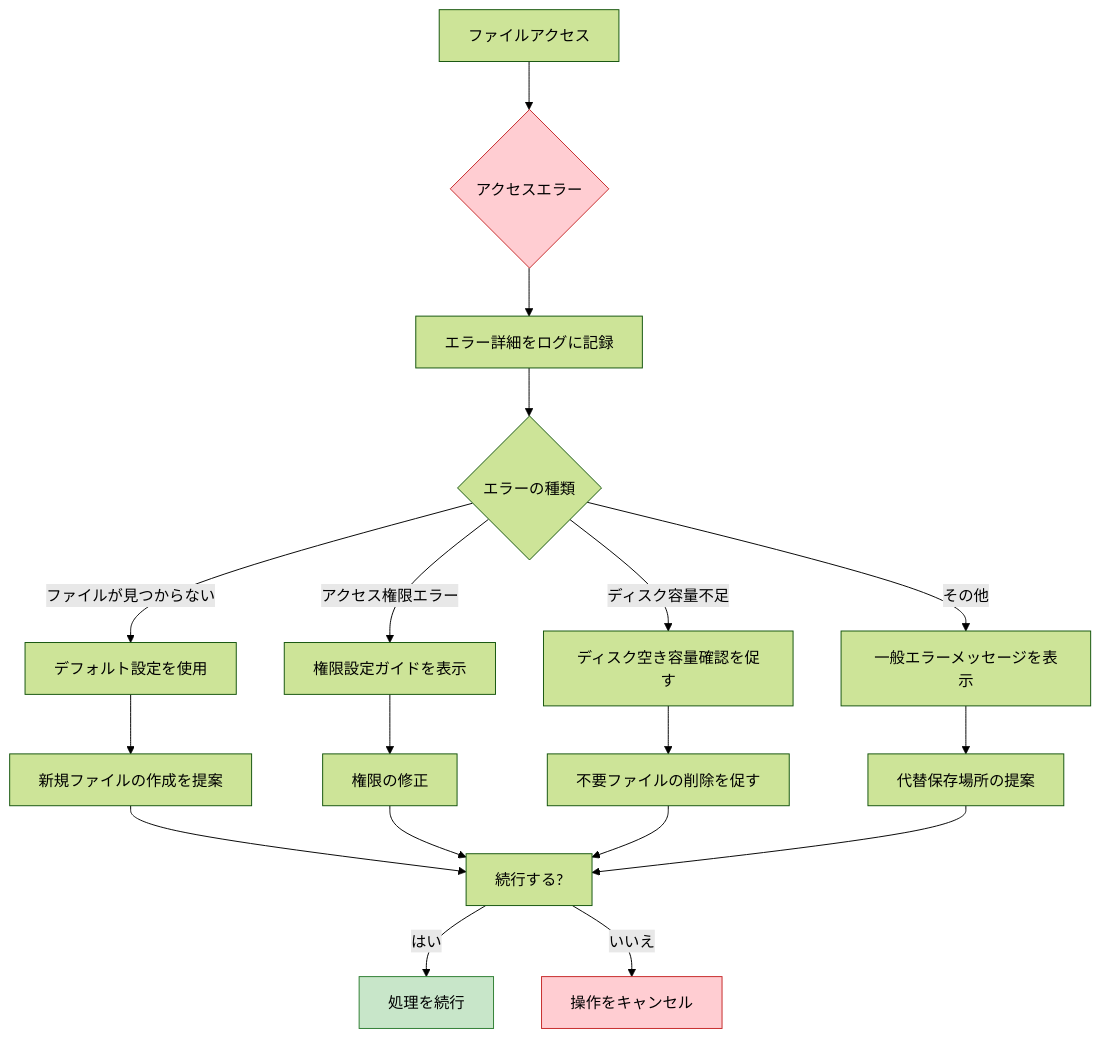
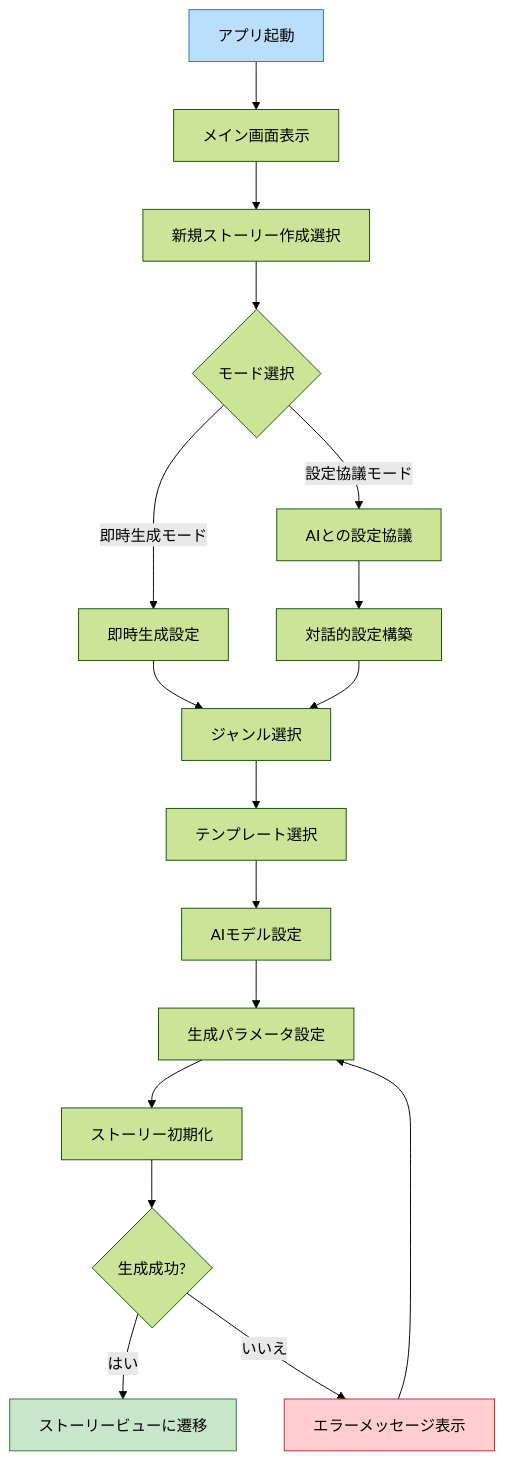
One commit to NewAITees/FableMaze changed the second of 9 diagrams in docs/APP_FLOW.md. Above: the diagram before and after it, drawn with Mermaid (forest theme). The commit also changed other lines of this file and 6 other files, not shown here.

````diff
--- a/docs/APP_FLOW.md
+++ b/docs/APP_FLOW.md
@@ -368,28 +34,26 @@
 ```mermaid
 flowchart TD
-    A[ファイルアクセス] --> B{アクセスエラー}
-    B --> C[エラー詳細をログに記録]
-    C --> D{エラーの種類}
+    A[アプリ起動] --> B[メイン画面表示]
+    B --> C[新規ストーリー作成選択]
+    C --> D{モード選択}
+    D -->|即時生成モード| E[即時生成設定]
+    D -->|設定協議モード| F[AIとの設定協議]
     
-    D -->|ファイルが見つからない| E[デフォルト設定を使用]
-    D -->|アクセス権限エラー| F[権限設定ガイドを表示]
-    D -->|ディスク容量不足| G[ディスク空き容量確認を促す]
-    D -->|その他| H[一般エラーメッセージを表示]
+    E --> G[ジャンル選択]
+    F --> H[対話的設定構築]
+    H --> G
     
-    E --> I[新規ファイルの作成を提案]
-    F --> J[権限の修正]
-    G --> K[不要ファイルの削除を促す]
-    H --> L[代替保存場所の提案]
+    G --> I[テンプレート選択]
+    I --> J[AIモデル設定]
+    J --> K[生成パラメータ設定]
+    K --> L[ストーリー初期化]
     
-    I --> M[続行する?]
-    J --> M
-    K --> M
-    L --> M
+    L --> M{生成成功?}
+    M -->|はい| N[ストーリービューに遷移]
+    M -->|いいえ| O[エラーメッセージ表示]
+    O --> K
     
-    M -->|はい| N[処理を続行]
-    M -->|いいえ| O[操作をキャンセル]
-    
-    style B fill:#ffcdd2,stroke:#c62828
+    style A fill:#bbdefb,stroke:#1976d2
+    style O fill:#ffcdd2,stroke:#c62828
     style N fill:#c8e6c9,stroke:#2e7d32
-    style O fill:#ffcdd2,stroke:#c62828
 ```
````
